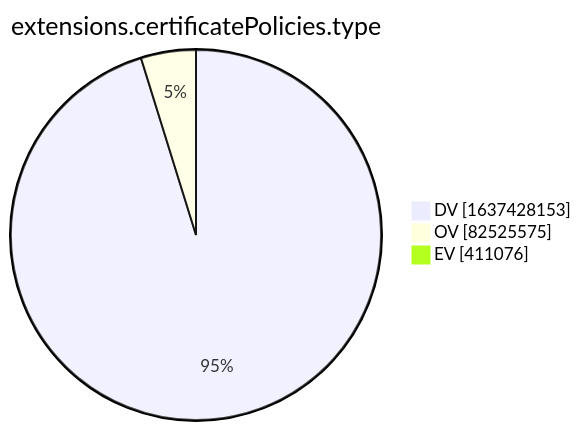
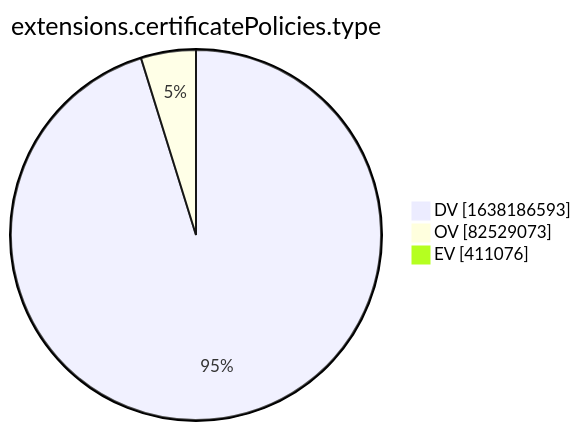
One commit to christiankrug/ctmonitor_visualization changed the tenth of 15 diagrams in xenon2022/README.md. Above: the diagram before and after it, drawn with Mermaid. The commit also changed other lines of this file, not shown here.

````diff
--- a/xenon2022/README.md
+++ b/xenon2022/README.md
@@ -2879,7 +2879,7 @@
 ```mermaid
 pie showData
 title extensions.certificatePolicies.type
-"DV" :1637428153
-"OV" :82525575
+"DV" :1638186593
+"OV" :82529073
 "EV" :411076
 ```
````
